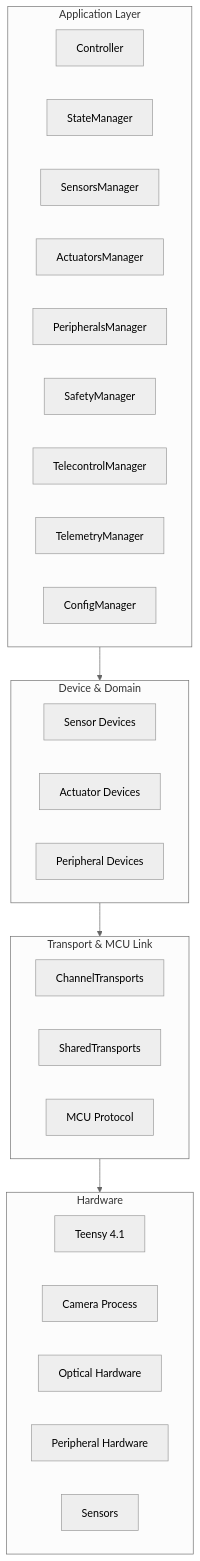
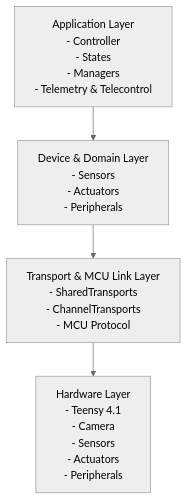
One commit to vmsantosg01/mermaid changed the ninth of 12 diagrams in README.md. Above: the diagram before and after it, drawn with Mermaid (neutral theme). The commit also changed other lines of this file, not shown here.

````diff
--- a/README.md
+++ b/README.md
@@ -130,39 +621,28 @@
 ```mermaid
 flowchart TB
 
-    subgraph APP["Application Layer"]
-        CTRL["Controller"]
-        SM["StateManager"]
-        SENM["SensorsManager"]
-        ACTM["ActuatorsManager"]
-        PERM["PeripheralsManager"]
-        SAFM["SafetyManager"]
-        TCTL["TelecontrolManager"]
-        TLM["TelemetryManager"]
-        CONF["ConfigManager"]
-    end
+    App["Application Layer
+    - Controller
+    - States
+    - Managers
+    - Telemetry & Telecontrol"] 
 
-    subgraph DEV["Device & Domain"]
-        DEV_SENS["Sensor Devices"]
-        DEV_ACT["Actuator Devices"]
-        DEV_PER["Peripheral Devices"]
-    end
+    Domain["Device & Domain Layer
+    - Sensors
+    - Actuators
+    - Peripherals"] 
 
-    subgraph TRANS["Transport & MCU Link"]
-        CH_TRANS["ChannelTransports"]
-        SH_TRANS["SharedTransports"]
-        MCU_PROTO["MCU Protocol"]
-    end
+    Transport["Transport & MCU Link Layer
+    - SharedTransports
+    - ChannelTransports
+    - MCU Protocol"] 
 
-    subgraph HW["Hardware"]
-        HW_TEENSY["Teensy 4.1"]
-        HW_CAM["Camera Process"]
-        HW_OPTICS["Optical Hardware"]
-        HW_PER["Peripheral Hardware"]
-        HW_SENS["Sensors"]
-    end
+    HW["Hardware Layer
+    - Teensy 4.1
+    - Camera
+    - Sensors
+    - Actuators
+    - Peripherals"] 
 
-    APP --> DEV
-    DEV --> TRANS
-    TRANS --> HW
+    App --> Domain --> Transport --> HW
 ```
````
